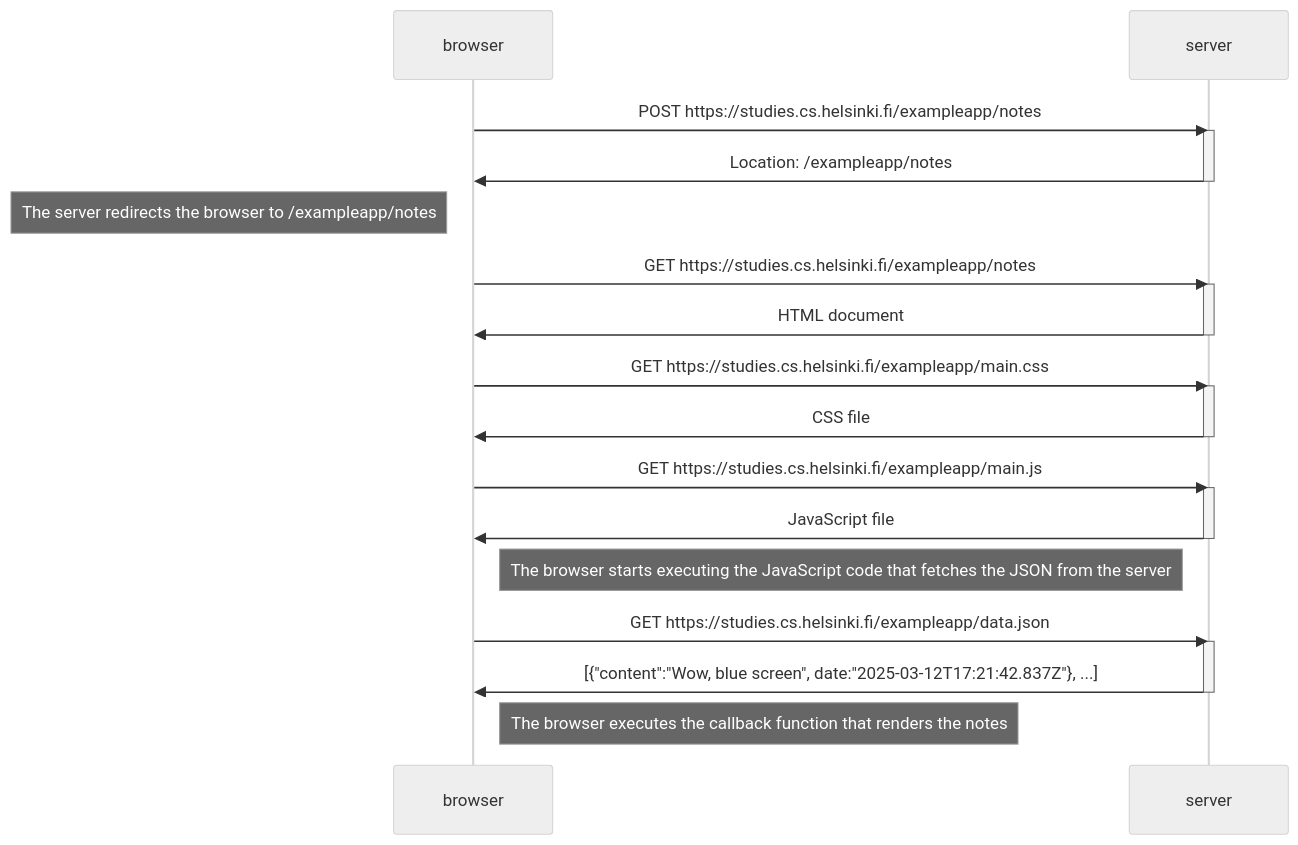
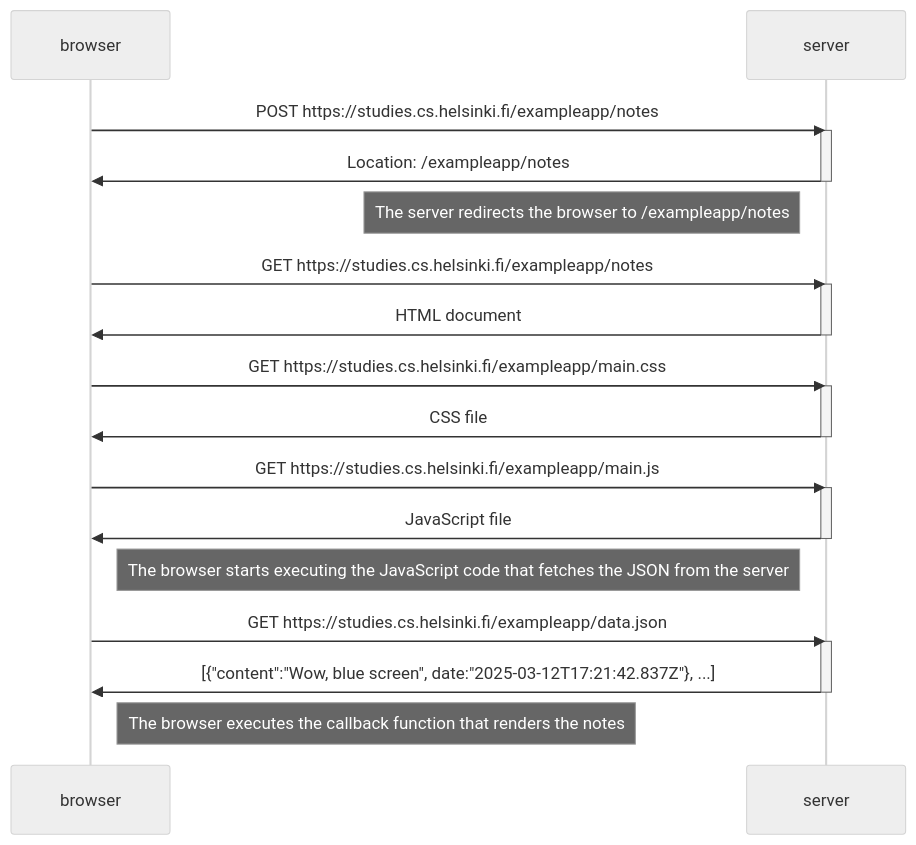
The diagram in part0/exercise0_4.md (Mateo-Coello/FullStackOpen), drawn with Mermaid (neutral theme) before and after one commit.

Commit message:
Exercise 0.4

````diff
--- a/part0/exercise0_4.md
+++ b/part0/exercise0_4.md
@@ -1,36 +1,36 @@
 ```mermaid
 sequenceDiagram
     participant browser
     participant server
 
     browser->>server: POST https://studies.cs.helsinki.fi/exampleapp/notes
     activate server
     server->>browser: Location: /exampleapp/notes
     deactivate server
     
-    Note left of browser: The server redirects the browser to /exampleapp/notes
+    Note left of server: The server redirects the browser to /exampleapp/notes
 
     browser->>server: GET https://studies.cs.helsinki.fi/exampleapp/notes
     activate server
     server->>browser: HTML document
     deactivate server
 
     browser->>server: GET https://studies.cs.helsinki.fi/exampleapp/main.css
     activate server   
     server->>browser: CSS file
     deactivate server
 
     browser->>server: GET https://studies.cs.helsinki.fi/exampleapp/main.js
     activate server   
     server->>browser: JavaScript file
     deactivate server
 
     Note right of browser: The browser starts executing the JavaScript code that fetches the JSON from the server
     
     browser->>server: GET https://studies.cs.helsinki.fi/exampleapp/data.json
     activate server   
     server->>browser: [{"content":"Wow, blue screen", date:"2025-03-12T17:21:42.837Z"}, ...]
     deactivate server
     
     Note right of browser: The browser executes the callback function that renders the notes
 ```
````
